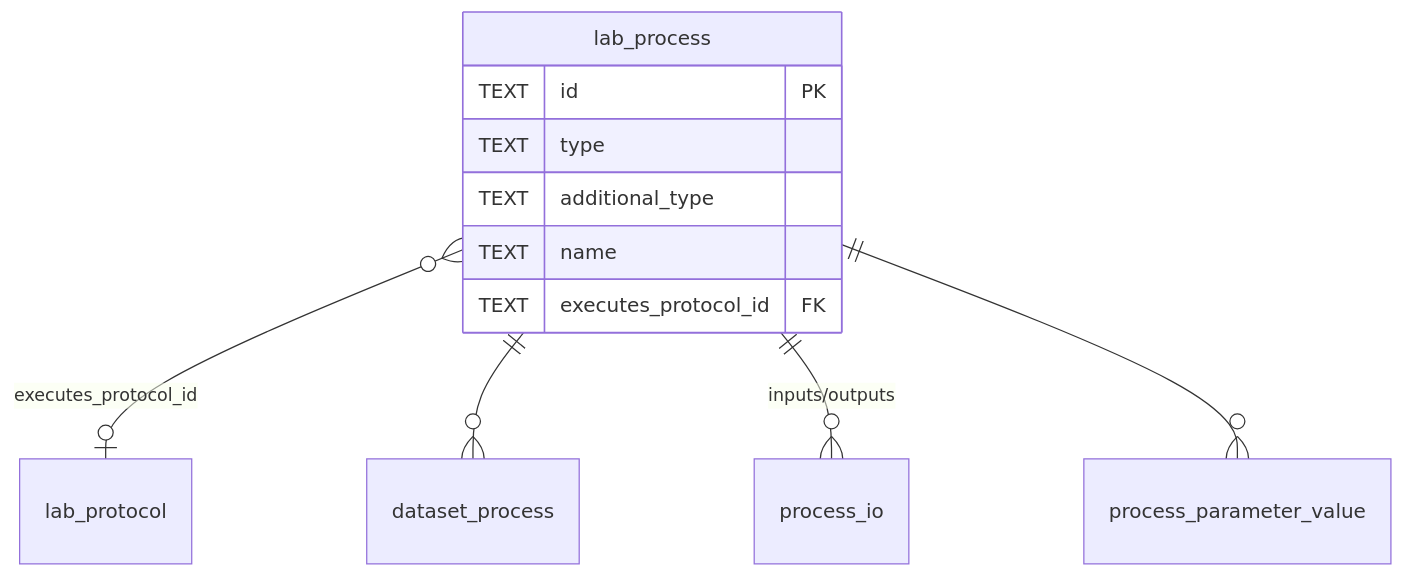
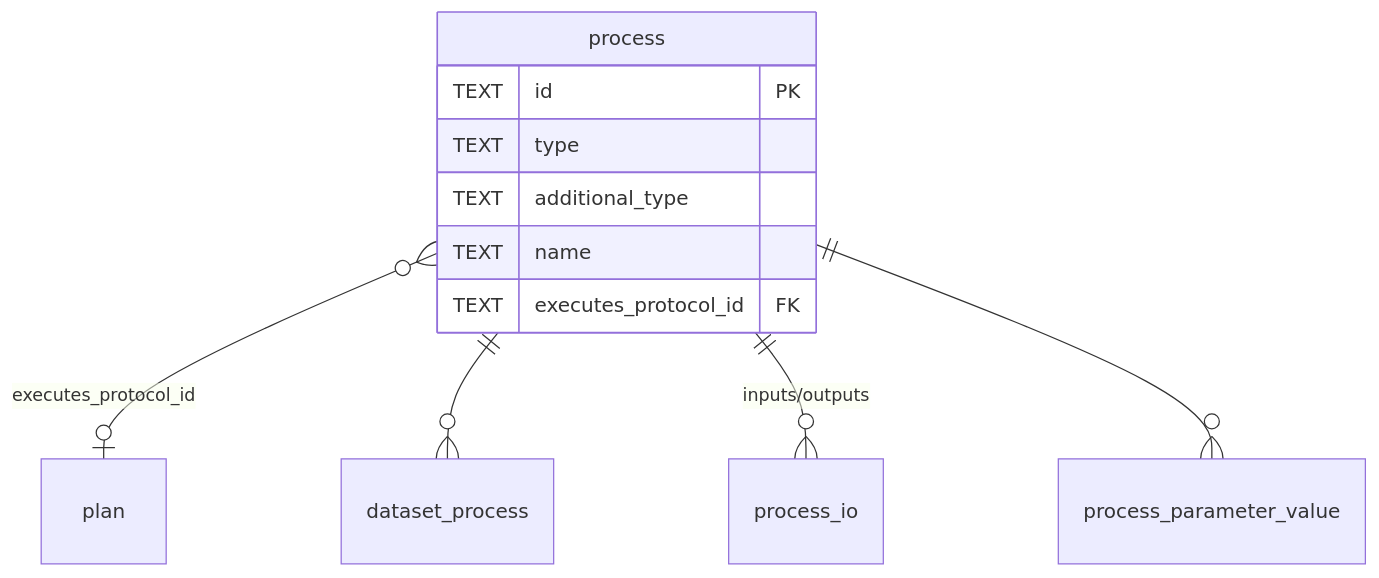
The sixth of 18 diagrams in schemas/sql/design.md (HLWeil/ProcessCore), drawn with Mermaid before and after one commit. The commit also changed other lines of this file and 134 other files, not shown here.

````diff
--- a/schemas/sql/design.md
+++ b/schemas/sql/design.md
@@ -204,14 +204,14 @@
 ```mermaid
 erDiagram
-    lab_process {
+    process {
         TEXT id PK
         TEXT type
         TEXT additional_type
         TEXT name
         TEXT executes_protocol_id FK
     }
-    lab_process }o--o| lab_protocol : "executes_protocol_id"
-    lab_process ||--o{ dataset_process : ""
-    lab_process ||--o{ process_io : "inputs/outputs"
-    lab_process ||--o{ process_parameter_value : ""
+    process }o--o| plan : "executes_protocol_id"
+    process ||--o{ dataset_process : ""
+    process ||--o{ process_io : "inputs/outputs"
+    process ||--o{ process_parameter_value : ""
 ```
````
